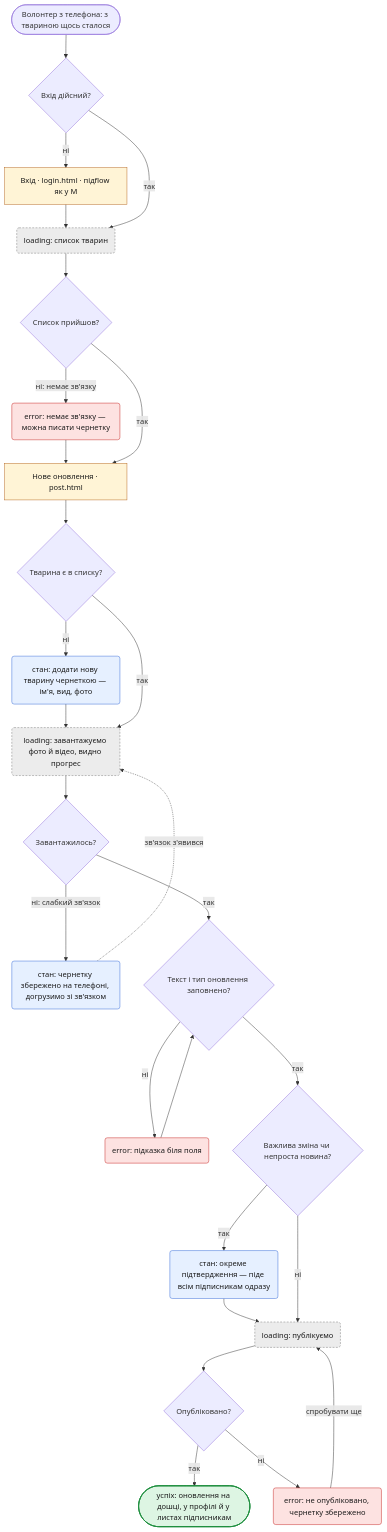
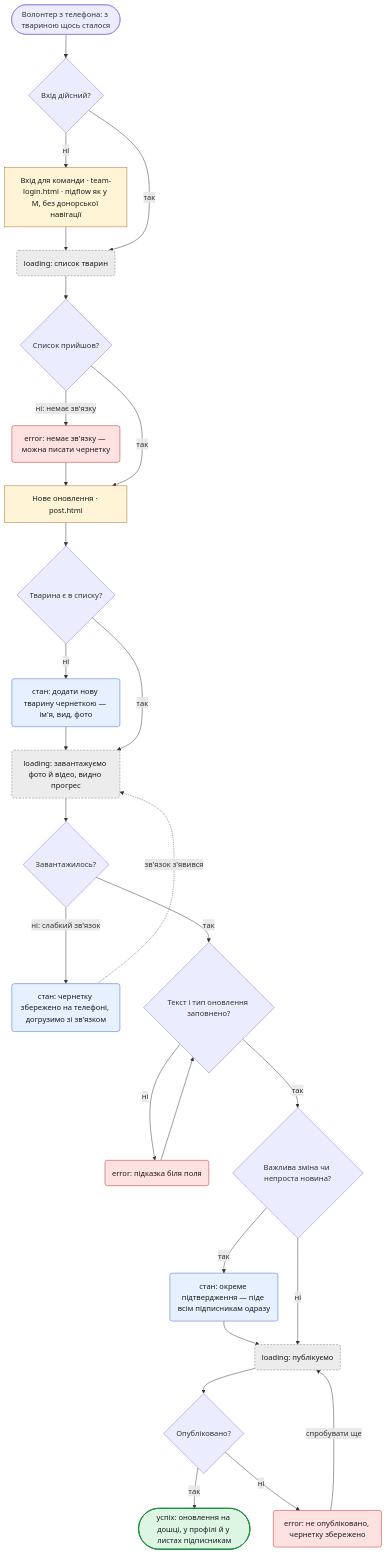
The eighth of 8 diagrams in flows.md (diadieva/pride), drawn with Mermaid before and after one commit. The commit also changed other lines of this file and 65 other files, not shown here.

First line of the commit message:
Add wireframes for all screens and align sitemap and flows

````diff
--- a/flows.md
+++ b/flows.md
@@ -709,40 +730,40 @@
 ```mermaid
 flowchart TD
     S(["Волонтер з телефона: з твариною щось сталося"]) --> Q1{"Вхід дійсний?"}
-    Q1 -->|ні| LOGIN["Вхід · login.html · підflow як у M"]
+    Q1 -->|ні| LOGIN["Вхід для команди · team-login.html · підflow як у M, без донорської навігації"]
     LOGIN --> L1
     Q1 -->|так| L1("loading: список тварин")
     L1 --> Q2{"Список прийшов?"}
     Q2 -->|"ні: немає зв'язку"| E1("error: немає зв'язку — можна писати чернетку")
     E1 --> POST
     Q2 -->|так| POST["Нове оновлення · post.html"]
     POST --> Q3{"Тварина є в списку?"}
     Q3 -->|ні| ST1("стан: додати нову тварину чернеткою — ім'я, вид, фото")
     ST1 --> L2
     Q3 -->|так| L2("loading: завантажуємо фото й відео, видно прогрес")
     L2 --> Q4{"Завантажилось?"}
     Q4 -->|"ні: слабкий зв'язок"| ST2("стан: чернетку збережено на телефоні, догрузимо зі зв'язком")
     ST2 -.->|"зв'язок з'явився"| L2
     Q4 -->|так| Q5{"Текст і тип оновлення заповнено?"}
     Q5 -->|ні| E2("error: підказка біля поля")
     E2 --> Q5
     Q5 -->|так| Q6{"Важлива зміна чи непроста новина?"}
     Q6 -->|так| ST3("стан: окреме підтвердження — піде всім підписникам одразу")
     ST3 --> L3
     Q6 -->|ні| L3("loading: публікуємо")
     L3 --> Q7{"Опубліковано?"}
     Q7 -->|так| OK1(["успіх: оновлення на дошці, у профілі й у листах підписникам"])
     Q7 -->|ні| E3("error: не опубліковано, чернетку збережено")
     E3 -->|"спробувати ще"| L3
 
     classDef screen fill:#FFF4D6,stroke:#B5651D,color:#1a1a1a
     classDef loading fill:#ECECEC,stroke:#777777,color:#1a1a1a,stroke-dasharray:4 3
     classDef error fill:#FDE2E1,stroke:#C5221F,color:#1a1a1a
     classDef state fill:#E6F0FF,stroke:#3367D6,color:#1a1a1a
     classDef ok fill:#DDF5E3,stroke:#1E8E3E,color:#1a1a1a,stroke-width:2px
     class LOGIN,POST screen
     class L1,L2,L3 loading
     class E1,E2,E3 error
     class ST1,ST2,ST3 state
     class OK1 ok
 ```
````
